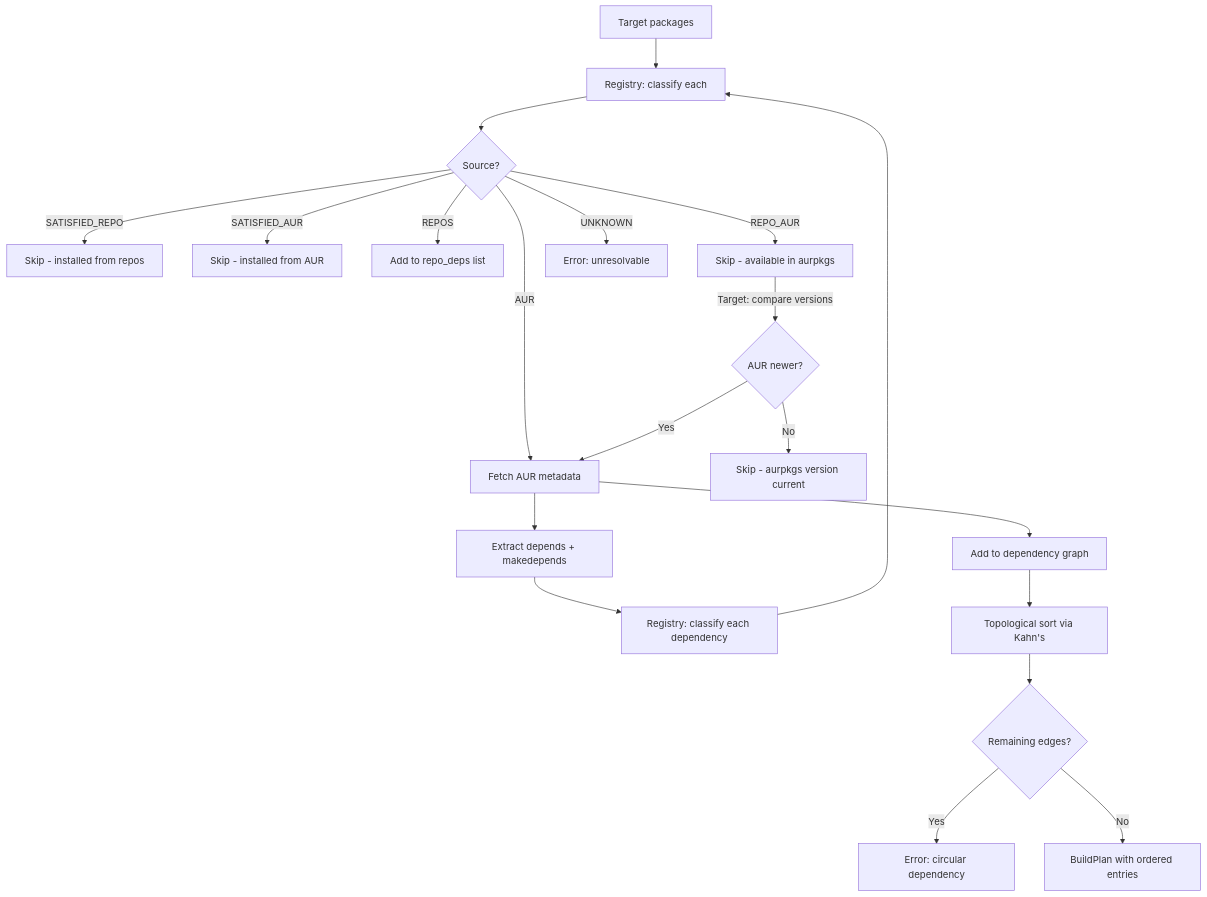
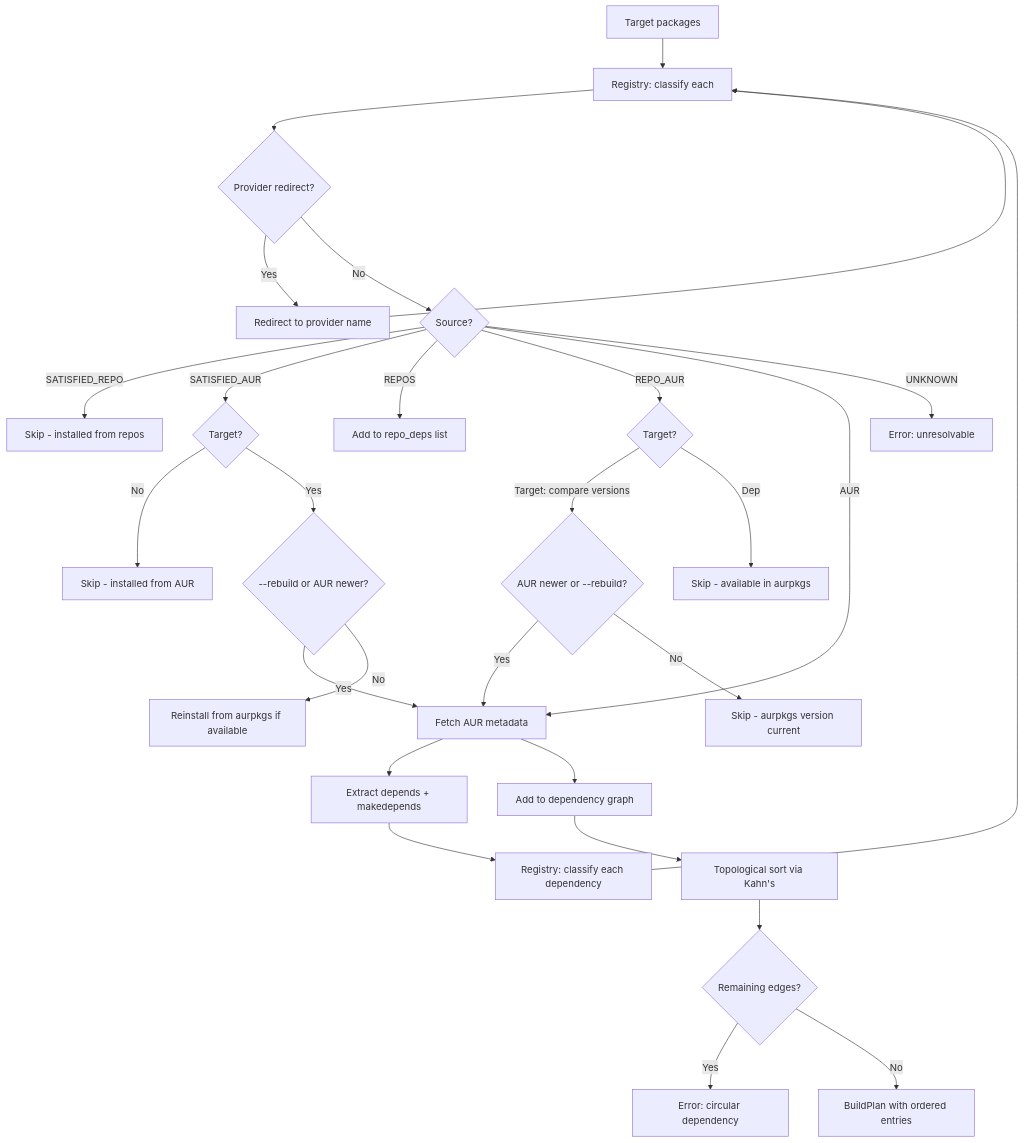
One commit to rmarquis/aurodle changed the third of 3 diagrams in docs/architecture/aurodle-aur-helper.md. Above: the diagram before and after it, drawn with Mermaid. The commit also changed 6 other files, not shown here.

First line of the commit message:
:memo: update docs for provider redirect and rebuild semantics

````diff
--- a/docs/architecture/aurodle-aur-helper.md
+++ b/docs/architecture/aurodle-aur-helper.md
@@ -573,22 +573,30 @@
 ```mermaid
 flowchart TD
     A[Target packages] --> B[Registry: classify each]
-    B --> C{Source?}
+    B --> P{Provider redirect?}
+    P -->|Yes| PR[Redirect to provider name]
+    PR --> B
+    P -->|No| C{Source?}
     C -->|SATISFIED_REPO| D1[Skip - installed from repos]
-    C -->|SATISFIED_AUR| D2[Skip - installed from AUR]
+    C -->|SATISFIED_AUR| SA{Target?}
+    SA -->|No| D2[Skip - installed from AUR]
+    SA -->|Yes| SAT{--rebuild or AUR newer?}
+    SAT -->|Yes| F
+    SAT -->|No| SAR[Reinstall from aurpkgs if available]
     C -->|REPOS| E[Add to repo_deps list]
-    C -->|REPO_AUR| R[Skip - available in aurpkgs]
-    C -->|AUR| F[Fetch AUR metadata]
+    C -->|REPO_AUR| R{Target?}
+    R -->|Target: compare versions| V{AUR newer or --rebuild?}
+    R -->|Dep| D2b2[Skip - available in aurpkgs]
+    V -->|Yes| F[Fetch AUR metadata]
+    V -->|No| D2b[Skip - aurpkgs version current]
+    C -->|AUR| F
     C -->|UNKNOWN| G[Error: unresolvable]
     F --> H[Extract depends + makedepends]
     H --> I[Registry: classify each dependency]
     I --> B
     F --> J[Add to dependency graph]
-    R -->|Target: compare versions| V{AUR newer?}
-    V -->|Yes| F
-    V -->|No| D2b[Skip - aurpkgs version current]
     J --> K[Topological sort via Kahn's]
     K --> L{Remaining edges?}
     L -->|Yes| M[Error: circular dependency]
     L -->|No| N[BuildPlan with ordered entries]
 ```
````
